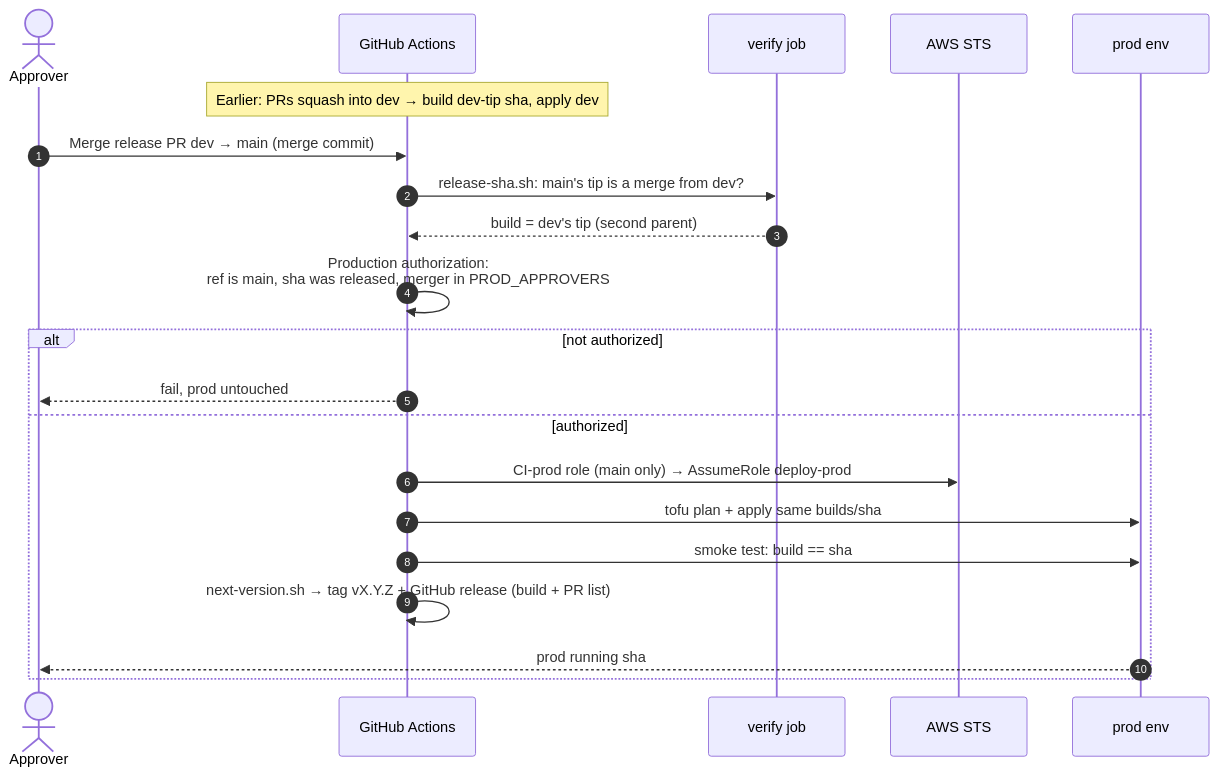
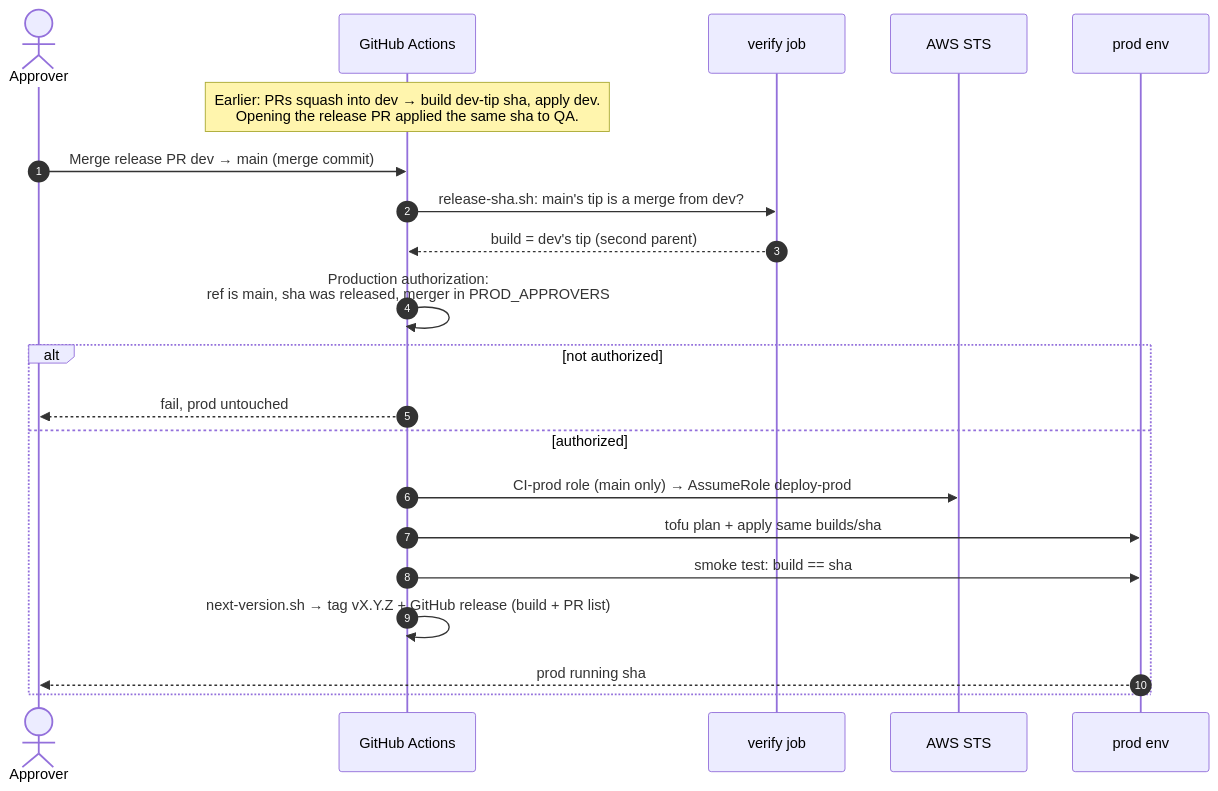
Before and after one commit to artyfartymarty/aws-cicd-pipeline: the diagram in docs/vault/Prod release sequence.md, drawn with Mermaid. The commit also changed other lines of this file and 21 other files, not shown here.

First line of the commit message:
Add a QA environment that release PRs deploy before prod

````diff
--- a/docs/vault/Prod release sequence.md
+++ b/docs/vault/Prod release sequence.md
@@ -8,24 +8,24 @@
 ```mermaid
 sequenceDiagram
   autonumber
   actor A as Approver
   participant GH as GitHub Actions
   participant V as verify job
   participant STS as AWS STS
   participant PROD as prod env
 
-  Note over GH: Earlier: PRs squash into dev → build dev-tip sha, apply dev
+  Note over GH: Earlier: PRs squash into dev → build dev-tip sha, apply dev.<br/>Opening the release PR applied the same sha to QA.
   A->>GH: Merge release PR dev → main (merge commit)
   GH->>V: release-sha.sh: main's tip is a merge from dev?
   V-->>GH: build = dev's tip (second parent)
   GH->>GH: Production authorization:<br/>ref is main, sha was released, merger in PROD_APPROVERS
   alt not authorized
     GH-->>A: fail, prod untouched
   else authorized
     GH->>STS: CI-prod role (main only) → AssumeRole deploy-prod
     GH->>PROD: tofu plan + apply same builds/sha
     GH->>PROD: smoke test: build == sha
     GH->>GH: next-version.sh → tag vX.Y.Z + GitHub release (build + PR list)
     PROD-->>A: prod running sha
   end
 ```
````
